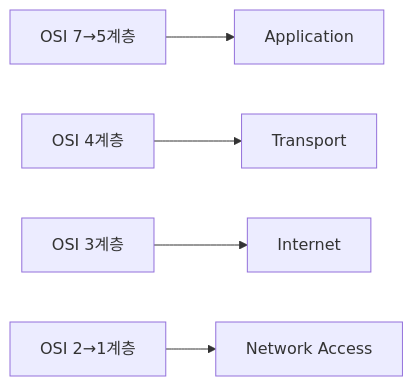
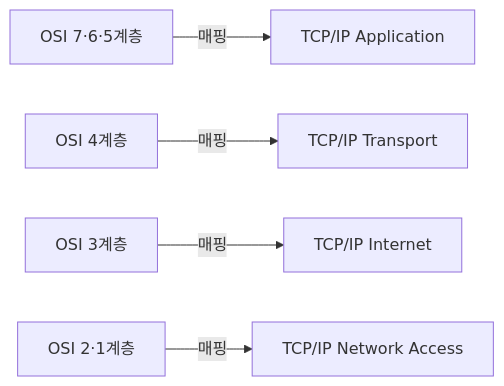
Before and after one commit to yjkim2015/yjkim2015.github.io: the ninth of 9 diagrams in _posts/network/2026-05-01-osi-7-layer.md, drawn with Mermaid. The commit also changed other lines of this file and 4 other files, not shown here.

````diff
--- a/_posts/network/2026-05-01-osi-7-layer.md
+++ b/_posts/network/2026-05-01-osi-7-layer.md
@@ -243,7 +1167,7 @@
 ```mermaid
 graph LR
-    OSI["OSI 7→5계층"] --> T4["Application"]
-    O4["OSI 4계층"] --> T3["Transport"]
-    O3["OSI 3계층"] --> T2["Internet"]
-    O21["OSI 2→1계층"] --> T1["Network Access"]
+    OSI75["OSI 7·6·5계층"] -->|"매핑"| TCPAPP["TCP/IP Application"]
+    OSI4["OSI 4계층"] -->|"매핑"| TCPTRANS["TCP/IP Transport"]
+    OSI3["OSI 3계층"] -->|"매핑"| TCPNET["TCP/IP Internet"]
+    OSI21["OSI 2·1계층"] -->|"매핑"| TCPLINK["TCP/IP Network Access"]
 ```
````
